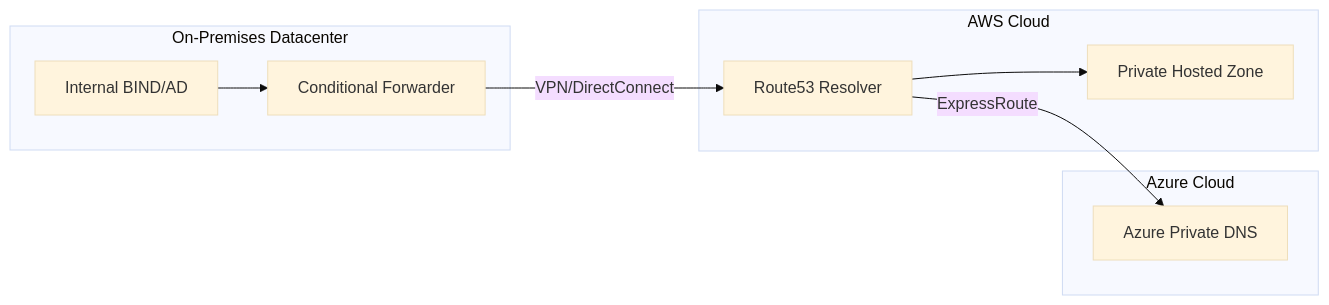
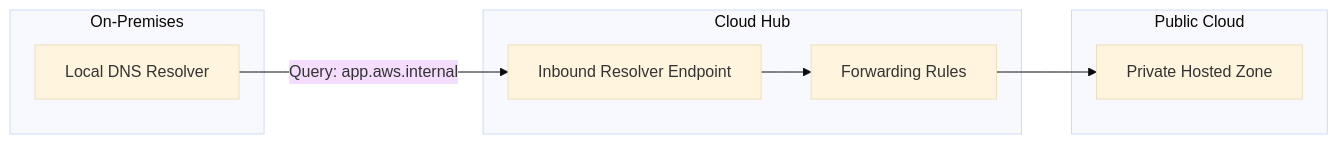
Before and after one commit to Devopstrio/hybrid-dns-resolution: the second of 10 diagrams in README.md, drawn with Mermaid (base theme). The commit also changed other lines of this file, not shown here.

Commit message:
docs: upgrade README to institutional-grade reference architecture style

````diff
--- a/README.md
+++ b/README.md
@@ -70,21 +93,17 @@
 ```mermaid
 graph LR
-    subgraph "On-Premises Datacenter"
-        LocalDNS[Internal BIND/AD]
-        OutboundFwd[Conditional Forwarder]
+    subgraph "On-Premises"
+        Local[Local DNS Resolver]
     end
-
-    subgraph "AWS Cloud"
-        R53Resolv[Route53 Resolver]
-        PVTZone[Private Hosted Zone]
+    subgraph "Cloud Hub"
+        EP[Inbound Resolver Endpoint]
+        Rule[Forwarding Rules]
     end
-
-    subgraph "Azure Cloud"
-        AZPrivate[Azure Private DNS]
+    subgraph "Public Cloud"
+        PVT[Private Hosted Zone]
     end
-
-    LocalDNS --> OutboundFwd
-    OutboundFwd -- "VPN/DirectConnect" --> R53Resolv
-    R53Resolv --> PVTZone
-    R53Resolv -- "ExpressRoute" --> AZPrivate
+    
+    Local -- "Query: app.aws.internal" --> EP
+    EP --> Rule
+    Rule --> PVT
 ```
````
